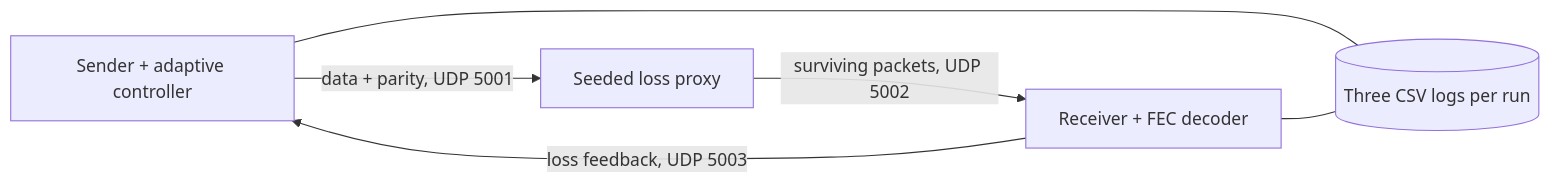
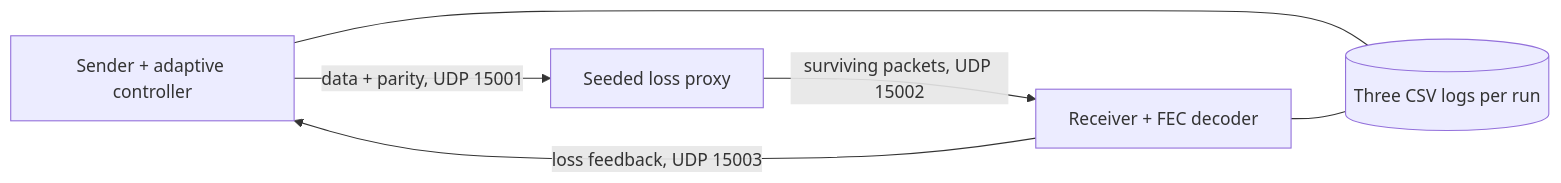
The first of 4 diagrams in DIAGRAMS.md (shriyapsawant21-wq/CN-Project), drawn with Mermaid before and after one commit. The commit also changed other lines of this file and 2 other files, not shown here.

Commit message:
Use ports 15001-15003 for the localhost experiment

````diff
--- a/DIAGRAMS.md
+++ b/DIAGRAMS.md
@@ -5,8 +5,8 @@
 ```mermaid
 flowchart LR
-  S[Sender + adaptive controller] -->|data + parity, UDP 5001| P[Seeded loss proxy]
-  P -->|surviving packets, UDP 5002| R[Receiver + FEC decoder]
-  R -->|loss feedback, UDP 5003| S
+  S[Sender + adaptive controller] -->|data + parity, UDP 15001| P[Seeded loss proxy]
+  P -->|surviving packets, UDP 15002| R[Receiver + FEC decoder]
+  R -->|loss feedback, UDP 15003| S
   S --- L[(Three CSV logs per run)]
   R --- L
 ```
````
